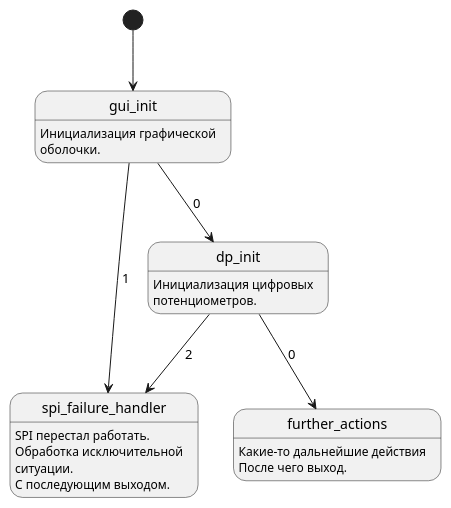
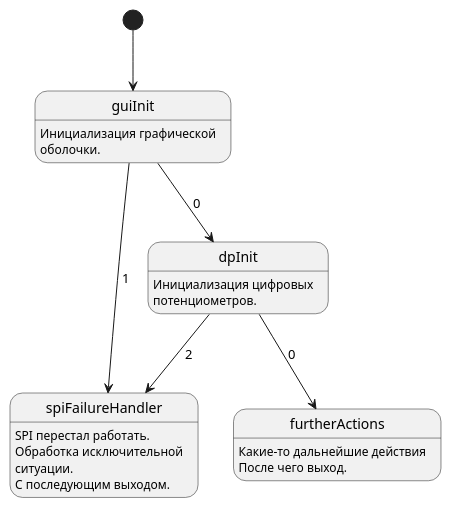
The diagram in README.md (Vadimatorik/plantuml_to_fsm_tree_generator), drawn with PlantUML before and after one commit. The commit also changed other lines of this file and 7 other files, not shown here.

````diff
--- a/README.md
+++ b/README.md
@@ -10,35 +11,39 @@
 ```plantuml
+CLASS_NAME						=		AyPlayer
+FILE_WITH_CLASS_DESCRIPTION		=		ayplayer.h
+CAMELCASE						=		ON
+
 @startuml
 
-state "spi_failure_handler" as fspi {
+state "spiFailureHandler" as fspi {
 fspi: SPI перестал работать.
 fspi: Обработка исключительной 
 fspi: ситуации.
 fspi: С последующим выходом.
 }
 
 [*] --> s1 
 
-state "gui_init" as s1 {
+state "guiInit" as s1 {
 s1: Инициализация графической 
 s1: оболочки.
 }
 
 s1 --> s2     : 0
 s1 --> fspi   : 1
 
-state "dp_init" as s2 {
+state "dpInit" as s2 {
 s2: Инициализация цифровых
 s2: потенциометров.
 }
 
 s2 --> fspi   : 2
 s2 --> s3     : 0
 
-state "further_actions" as s3 {
+state "furtherActions" as s3 {
 s3: Какие-то дальнейшие действия
 s3: После чего выход.
 }
 
 @enduml
 ```
````
